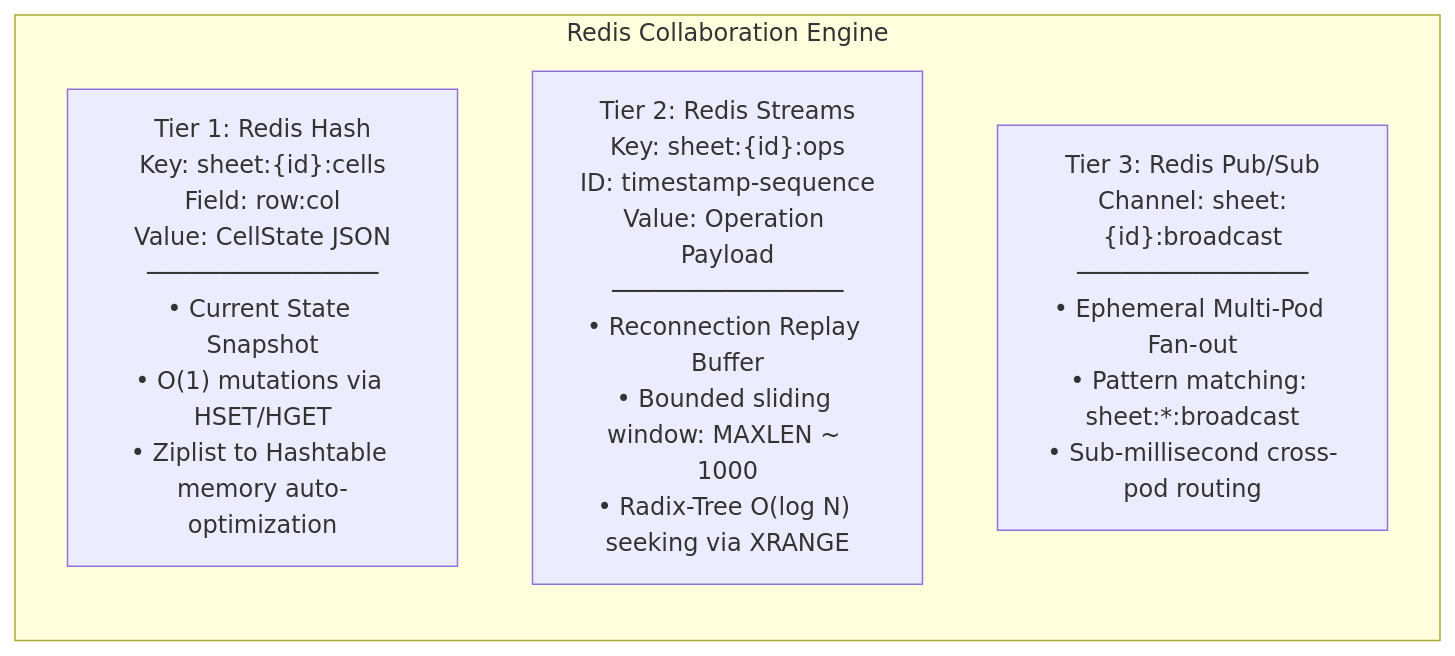
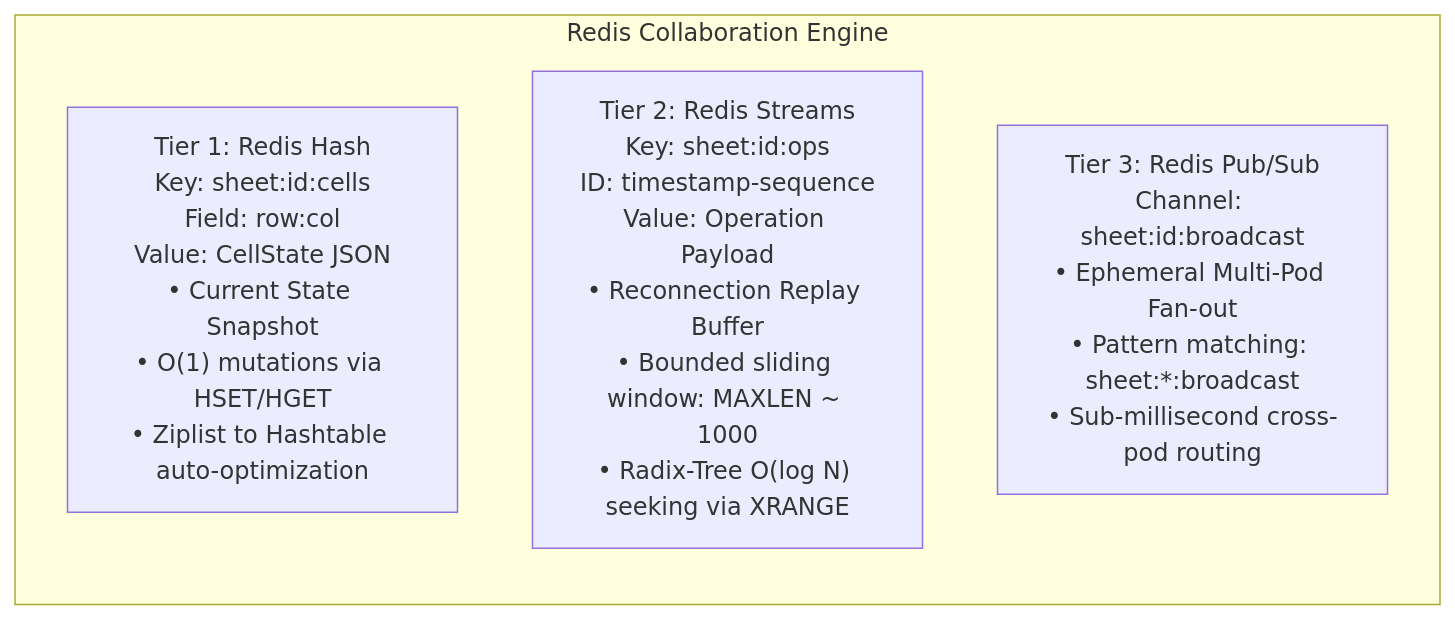
One commit to Priyanshujaiswal1024/Microservices-realtime-collaborative-spreadsheet changed the third of 6 diagrams in README.md. Above: the diagram before and after it, drawn with Mermaid. The commit also changed other lines of this file, not shown here.

Commit message:
fix: resolve Mermaid diagram syntax for GitHub renderer

````diff
--- a/README.md
+++ b/README.md
@@ -154,8 +154,8 @@
 ```mermaid
 flowchart LR
     subgraph HotPathStorage["Redis Collaboration Engine"]
-        T1["Tier 1: Redis Hash\nKey: sheet:{id}:cells\nField: row:col\nValue: CellState JSON\n────────────────\n• Current State Snapshot\n• O(1) mutations via HSET/HGET\n• Ziplist to Hashtable memory auto-optimization"]
-        T2["Tier 2: Redis Streams\nKey: sheet:{id}:ops\nID: timestamp-sequence\nValue: Operation Payload\n────────────────\n• Reconnection Replay Buffer\n• Bounded sliding window: MAXLEN ~ 1000\n• Radix-Tree O(log N) seeking via XRANGE"]
-        T3["Tier 3: Redis Pub/Sub\nChannel: sheet:{id}:broadcast\n────────────────\n• Ephemeral Multi-Pod Fan-out\n• Pattern matching: sheet:*:broadcast\n• Sub-millisecond cross-pod routing"]
+        T1["Tier 1: Redis Hash<br/>Key: sheet:id:cells<br/>Field: row:col<br/>Value: CellState JSON<br/>• Current State Snapshot<br/>• O(1) mutations via HSET/HGET<br/>• Ziplist to Hashtable auto-optimization"]
+        T2["Tier 2: Redis Streams<br/>Key: sheet:id:ops<br/>ID: timestamp-sequence<br/>Value: Operation Payload<br/>• Reconnection Replay Buffer<br/>• Bounded sliding window: MAXLEN ~ 1000<br/>• Radix-Tree O(log N) seeking via XRANGE"]
+        T3["Tier 3: Redis Pub/Sub<br/>Channel: sheet:id:broadcast<br/>• Ephemeral Multi-Pod Fan-out<br/>• Pattern matching: sheet:*:broadcast<br/>• Sub-millisecond cross-pod routing"]
     end
 ```
````
